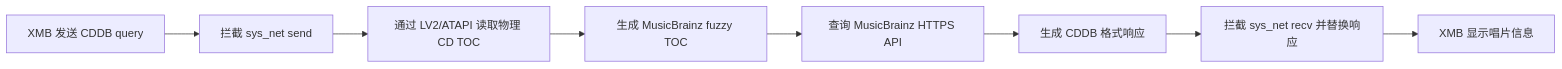
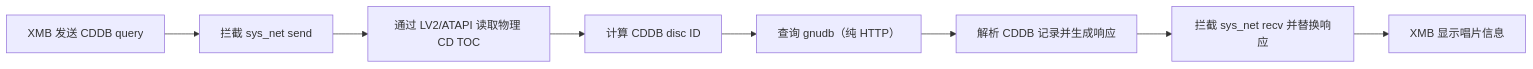
One commit to A1lEyesOnMe/PS3CDinfoPulgins changed the first of 2 diagrams in README.md. Above: the diagram before and after it, drawn with Mermaid. The commit also changed other lines of this file and 14 other files, not shown here.

First line of the commit message:
refactor: replace MusicBrainz/HTTPS with gnudb (pure HTTP CDDB)

````diff
--- a/README.md
+++ b/README.md
@@ -23,10 +24,10 @@
 ```mermaid
 flowchart LR
     A["XMB 发送 CDDB query"] --> B["拦截 sys_net send"]
     B --> C["通过 LV2/ATAPI 读取物理 CD TOC"]
-    C --> D["生成 MusicBrainz fuzzy TOC"]
-    D --> E["查询 MusicBrainz HTTPS API"]
-    E --> F["生成 CDDB 格式响应"]
+    C --> D["计算 CDDB disc ID"]
+    D --> E["查询 gnudb（纯 HTTP）"]
+    E --> F["解析 CDDB 记录并生成响应"]
     F --> G["拦截 sys_net recv 并替换响应"]
     G --> H["XMB 显示唱片信息"]
 ```
````
